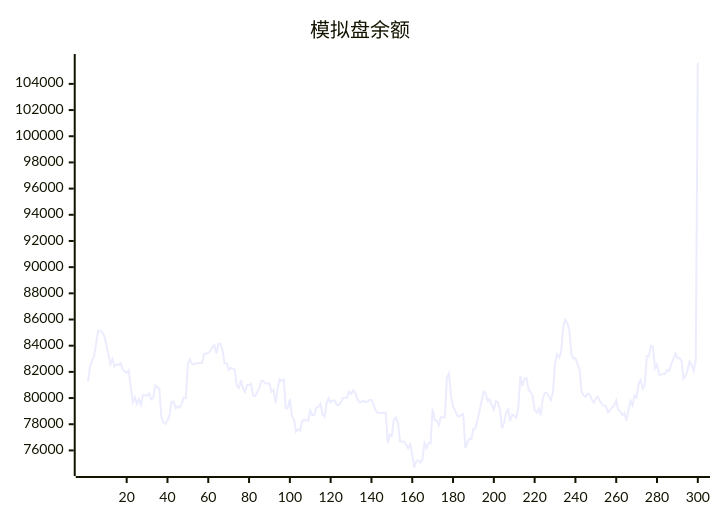
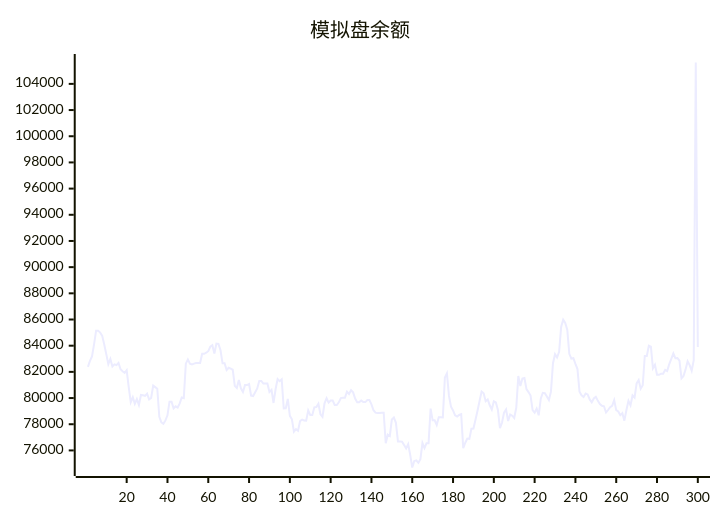
One commit to aahl/ai-trading changed the diagram in README.md. Above: the diagram before and after it, drawn with Mermaid. The commit also changed other lines of this file and 1 other file, not shown here.

````diff
--- a/README.md
+++ b/README.md
@@ -5,5 +5,5 @@
 ```mermaid
 xychart
     title "模拟盘余额"
-    line [81254,82385,82835,83184,84099,85150,85150,85002,84751,84096,83356,82582,82983,82404,82572,82512,82688,82200,82047,81920,82125,80840,79688,80060,79552,79920,79470,80236,80208,80170,80336,79894,80006,80954,80837,80712,78561,78139,78037,78293,78682,79720,79720,79214,79372,79279,79591,80046,79993,82625,82950,82626,82571,82633,82670,82670,82681,83386,83378,83464,83579,83920,84037,83402,84160,84142,83652,82655,82655,82145,82315,82243,82163,80934,80770,81371,80742,80468,80989,80989,81067,80191,80155,80450,80737,81309,81309,81106,81119,81119,80471,80631,79624,80670,81448,81290,81429,79212,79222,79940,78643,78380,77432,77623,77504,78235,78358,78284,78277,79048,78714,78714,79290,79308,79567,78763,78563,79603,79988,79652,79813,79813,79476,79469,79673,79995,80015,80015,80486,80314,80600,80436,79966,79689,79689,79819,79692,79692,79850,79850,79518,79071,78889,78850,78850,78878,78878,76554,77202,77103,78357,78510,78106,76678,76677,76672,76411,76159,76485,75656,74695,75197,75246,75052,75334,76564,76179,76553,76551,79196,78300,78300,77944,78531,78531,78521,81564,81884,80160,79335,79055,78675,78580,78708,78764,76179,76586,76902,76876,77658,77669,78346,79023,79769,80497,80366,79761,79896,79448,79126,79749,79658,79097,77695,78114,78888,79126,78249,78738,78653,78478,79271,81680,80923,81488,81527,80681,80455,80190,79084,78879,79193,78686,79954,80403,80374,80118,79848,80491,82665,83351,83098,83525,85430,85983,85737,85221,83378,83014,83043,82613,82216,80477,80208,80081,80348,80277,79894,79670,79965,80093,79786,79542,79406,79371,78893,79087,79304,79406,79841,79072,78978,78696,78846,78272,79085,79787,79442,80198,80031,81120,81379,80718,80985,83214,83212,83993,83921,82270,82547,81776,81776,81866,81866,82158,82061,82596,83000,83408,83041,83050,82858,81503,81691,82188,82812,82517,82092,82901,105633]
+    line [82385,82835,83184,84099,85150,85150,85002,84751,84096,83356,82582,82983,82404,82572,82512,82688,82200,82047,81920,82125,80840,79688,80060,79552,79920,79470,80236,80208,80170,80336,79894,80006,80954,80837,80712,78561,78139,78037,78293,78682,79720,79720,79214,79372,79279,79591,80046,79993,82625,82950,82626,82571,82633,82670,82670,82681,83386,83378,83464,83579,83920,84037,83402,84160,84142,83652,82655,82655,82145,82315,82243,82163,80934,80770,81371,80742,80468,80989,80989,81067,80191,80155,80450,80737,81309,81309,81106,81119,81119,80471,80631,79624,80670,81448,81290,81429,79212,79222,79940,78643,78380,77432,77623,77504,78235,78358,78284,78277,79048,78714,78714,79290,79308,79567,78763,78563,79603,79988,79652,79813,79813,79476,79469,79673,79995,80015,80015,80486,80314,80600,80436,79966,79689,79689,79819,79692,79692,79850,79850,79518,79071,78889,78850,78850,78878,78878,76554,77202,77103,78357,78510,78106,76678,76677,76672,76411,76159,76485,75656,74695,75197,75246,75052,75334,76564,76179,76553,76551,79196,78300,78300,77944,78531,78531,78521,81564,81884,80160,79335,79055,78675,78580,78708,78764,76179,76586,76902,76876,77658,77669,78346,79023,79769,80497,80366,79761,79896,79448,79126,79749,79658,79097,77695,78114,78888,79126,78249,78738,78653,78478,79271,81680,80923,81488,81527,80681,80455,80190,79084,78879,79193,78686,79954,80403,80374,80118,79848,80491,82665,83351,83098,83525,85430,85983,85737,85221,83378,83014,83043,82613,82216,80477,80208,80081,80348,80277,79894,79670,79965,80093,79786,79542,79406,79371,78893,79087,79304,79406,79841,79072,78978,78696,78846,78272,79085,79787,79442,80198,80031,81120,81379,80718,80985,83214,83212,83993,83921,82270,82547,81776,81776,81866,81866,82158,82061,82596,83000,83408,83041,83050,82858,81503,81691,82188,82812,82517,82092,82901,105633,83898]
 ```
````
